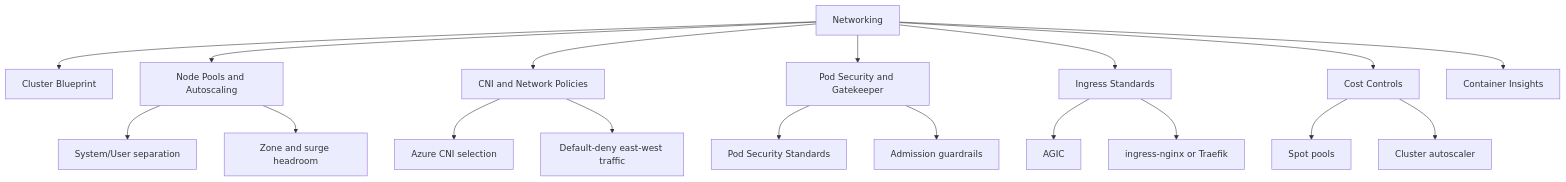
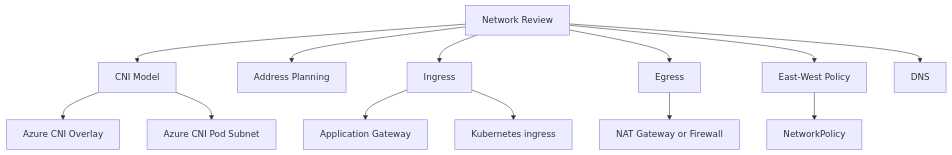
One commit to yeongseon/azure-kubernetes-service-practical-guide changed the diagram in docs/best-practices/networking.md. Above: the diagram before and after it, drawn with Mermaid. The commit also changed other lines of this file and 8 other files, not shown here.

````diff
--- a/docs/best-practices/networking.md
+++ b/docs/best-practices/networking.md
@@ -32,20 +42,15 @@
 ```mermaid
 flowchart TD
-    A[Networking] --> B[Cluster Blueprint]
-    A --> C[Node Pools and Autoscaling]
-    A --> D[CNI and Network Policies]
-    A --> E[Pod Security and Gatekeeper]
-    A --> F[Ingress Standards]
-    A --> G[Cost Controls]
-    A --> H[Container Insights]
-    C --> C1[System/User separation]
-    C --> C2[Zone and surge headroom]
-    D --> D1[Azure CNI selection]
-    D --> D2[Default-deny east-west traffic]
-    E --> E1[Pod Security Standards]
-    E --> E2[Admission guardrails]
-    F --> F1[AGIC]
-    F --> F2[ingress-nginx or Traefik]
-    G --> G1[Spot pools]
-    G --> G2[Cluster autoscaler]
+    A[Network Review] --> B[CNI Model]
+    A --> C[Address Planning]
+    A --> D[Ingress]
+    A --> E[Egress]
+    A --> F[East-West Policy]
+    A --> G[DNS]
+    B --> B1[Azure CNI Overlay]
+    B --> B2[Azure CNI Pod Subnet]
+    D --> D1[Application Gateway]
+    D --> D2[Kubernetes ingress]
+    E --> E1[NAT Gateway or Firewall]
+    F --> F1[NetworkPolicy]
 ```
````
